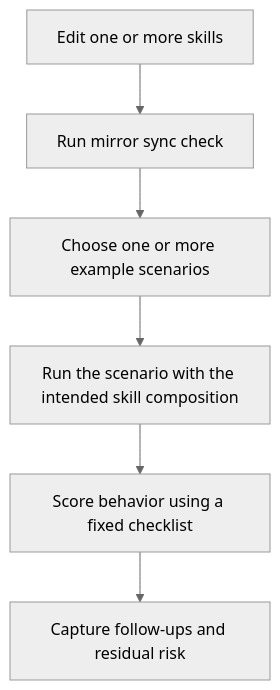
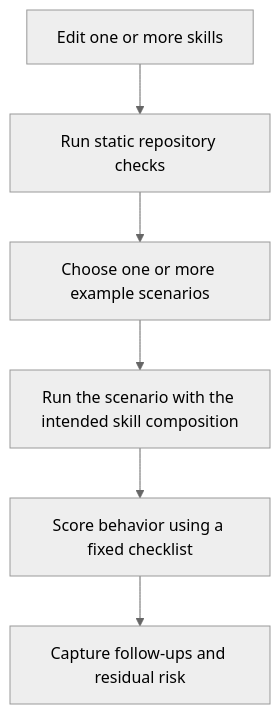
One commit to nickdu2009/agent-skills changed the diagram in examples/skill-testing-playbook.md. Above: the diagram before and after it, drawn with Mermaid (neutral theme). The commit also changed other lines of this file and 19 other files, not shown here.

````diff
--- a/examples/skill-testing-playbook.md
+++ b/examples/skill-testing-playbook.md
@@ -16,8 +16,8 @@
 ```mermaid
 flowchart TD
-    A[Edit one or more skills] --> B[Run mirror sync check]
+    A[Edit one or more skills] --> B[Run static repository checks]
     B --> C[Choose one or more example scenarios]
     C --> D[Run the scenario with the intended skill composition]
     D --> E[Score behavior using a fixed checklist]
     E --> F[Capture follow-ups and residual risk]
 ```
````
